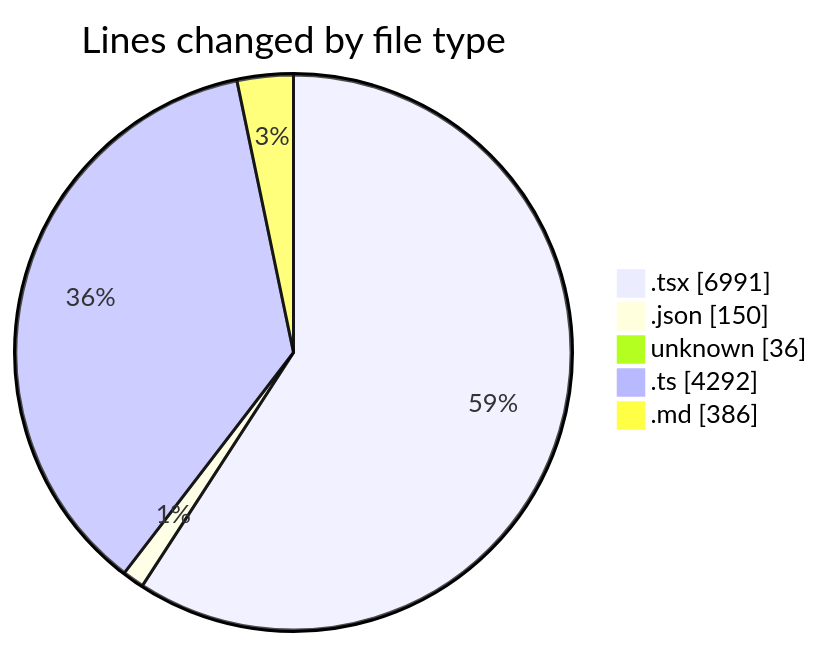
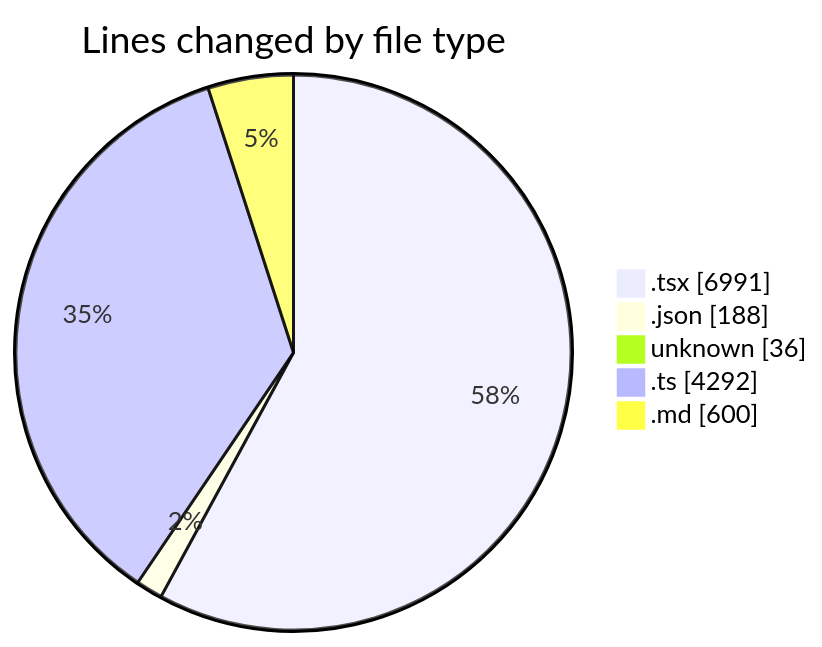
The first of 2 diagrams in 2025-01-03/tinycms/README.md (ernivani/code-tracking), drawn with Mermaid before and after one commit. The commit also changed other lines of this file and 5 other files, not shown here.

````diff
--- a/2025-01-03/tinycms/README.md
+++ b/2025-01-03/tinycms/README.md
@@ -60,9 +62,9 @@
 ```mermaid
 pie showData
 title Lines changed by file type
 ".tsx" : 6991
-".json" : 150
+".json" : 188
 "unknown" : 36
 ".ts" : 4292
-".md" : 386
+".md" : 600
 ```
````
